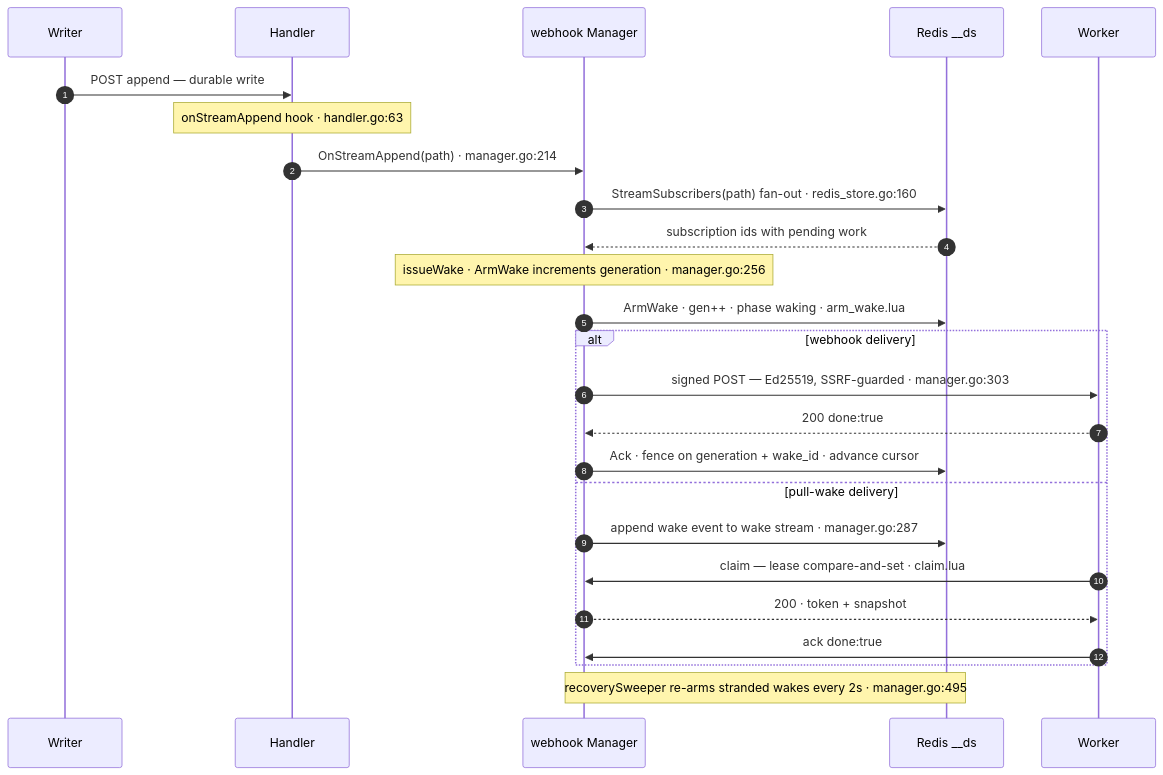
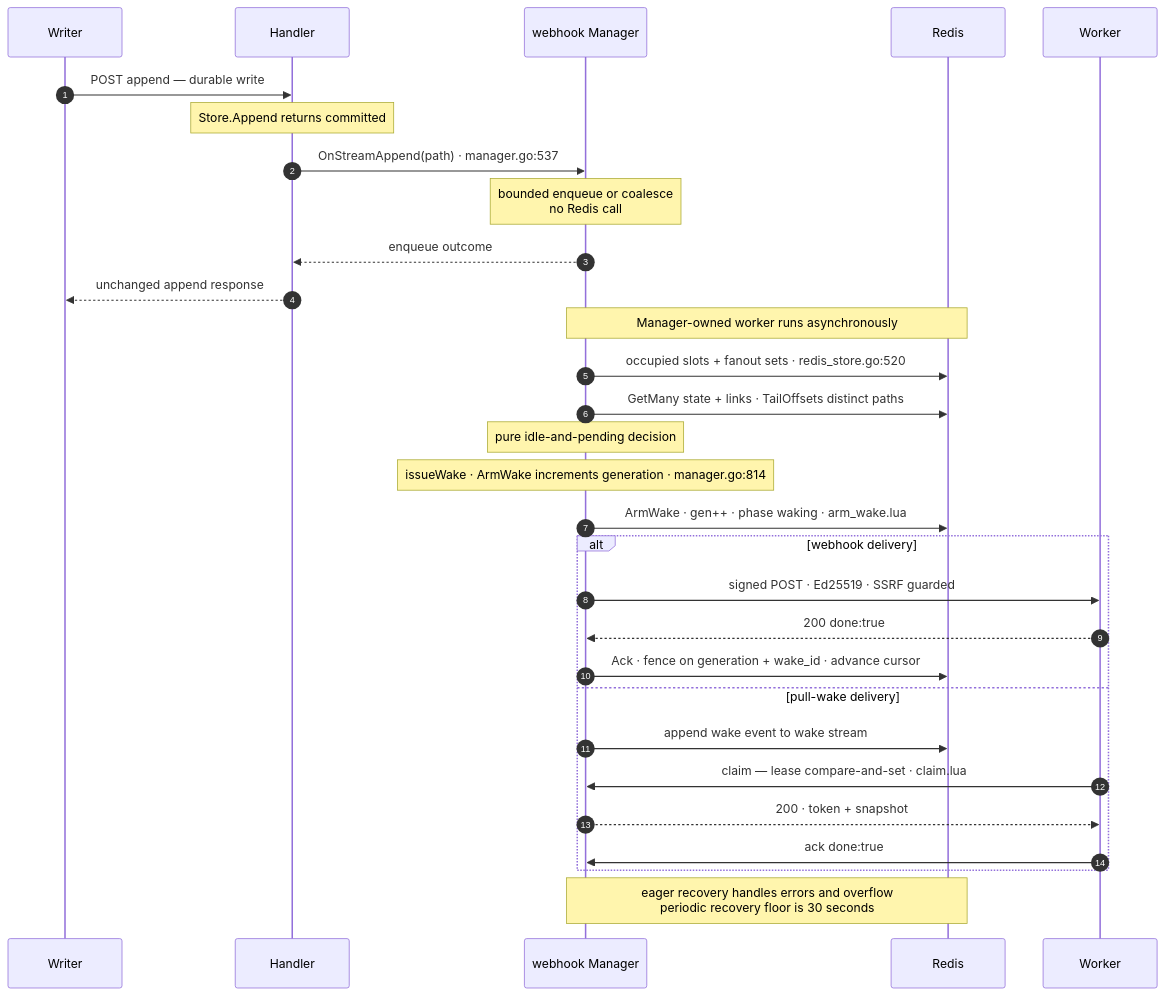
One commit to adityavkk/chronicle changed the diagram in docs-site/diagrams/seq-trace-wake.mmd. Above: the diagram before and after it, drawn with Mermaid. The commit also changed 30 other files, not shown here.

Commit message:
docs: explain async subscription fanout

```diff
--- a/docs-site/diagrams/seq-trace-wake.mmd
+++ b/docs-site/diagrams/seq-trace-wake.mmd
@@ -1,25 +1,30 @@
 sequenceDiagram
     autonumber
     participant W as Writer
     participant H as Handler
     participant M as webhook Manager
-    participant R as Redis __ds
+    participant R as Redis
     participant K as Worker
     W->>H: POST append — durable write
-    Note over H: onStreamAppend hook · handler.go:63
-    H->>M: OnStreamAppend(path) · manager.go:214
-    M->>R: StreamSubscribers(path) fan-out · redis_store.go:160
-    R-->>M: subscription ids with pending work
-    Note over M: issueWake · ArmWake increments generation · manager.go:256
+    Note over H: Store.Append returns committed
+    H->>M: OnStreamAppend(path) · manager.go:537
+    Note over M: bounded enqueue or coalesce<br/>no Redis call
+    M-->>H: enqueue outcome
+    H-->>W: unchanged append response
+    Note over M,R: Manager-owned worker runs asynchronously
+    M->>R: occupied slots + fanout sets · redis_store.go:520
+    M->>R: GetMany state + links · TailOffsets distinct paths
+    Note over M: pure idle-and-pending decision
+    Note over M: issueWake · ArmWake increments generation · manager.go:814
     M->>R: ArmWake · gen++ · phase waking · arm_wake.lua
     alt webhook delivery
-        M->>K: signed POST — Ed25519, SSRF-guarded · manager.go:303
+        M->>K: signed POST · Ed25519 · SSRF guarded
         K-->>M: 200 done:true
         M->>R: Ack · fence on generation + wake_id · advance cursor
     else pull-wake delivery
-        M->>R: append wake event to wake stream · manager.go:287
+        M->>R: append wake event to wake stream
         K->>M: claim — lease compare-and-set · claim.lua
         M-->>K: 200 · token + snapshot
         K->>M: ack done:true
     end
-    Note over M,R: recoverySweeper re-arms stranded wakes every 2s · manager.go:495
+    Note over M,R: eager recovery handles errors and overflow<br/>periodic recovery floor is 30 seconds
```
